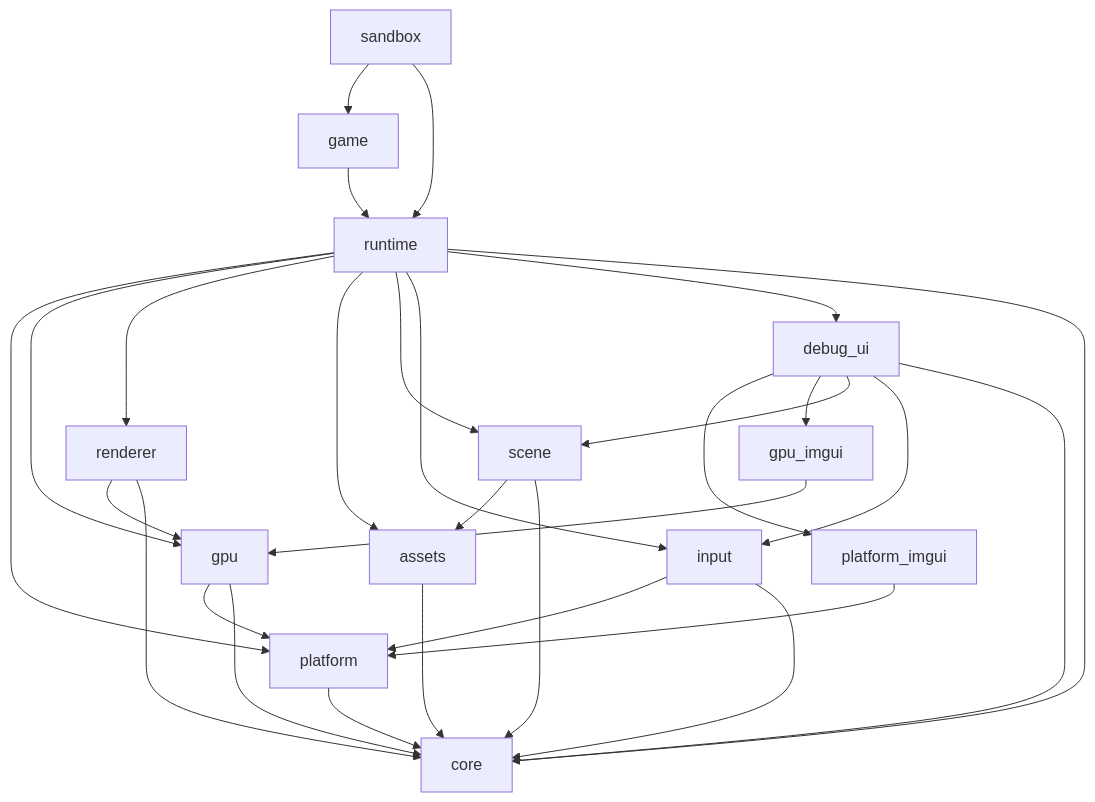
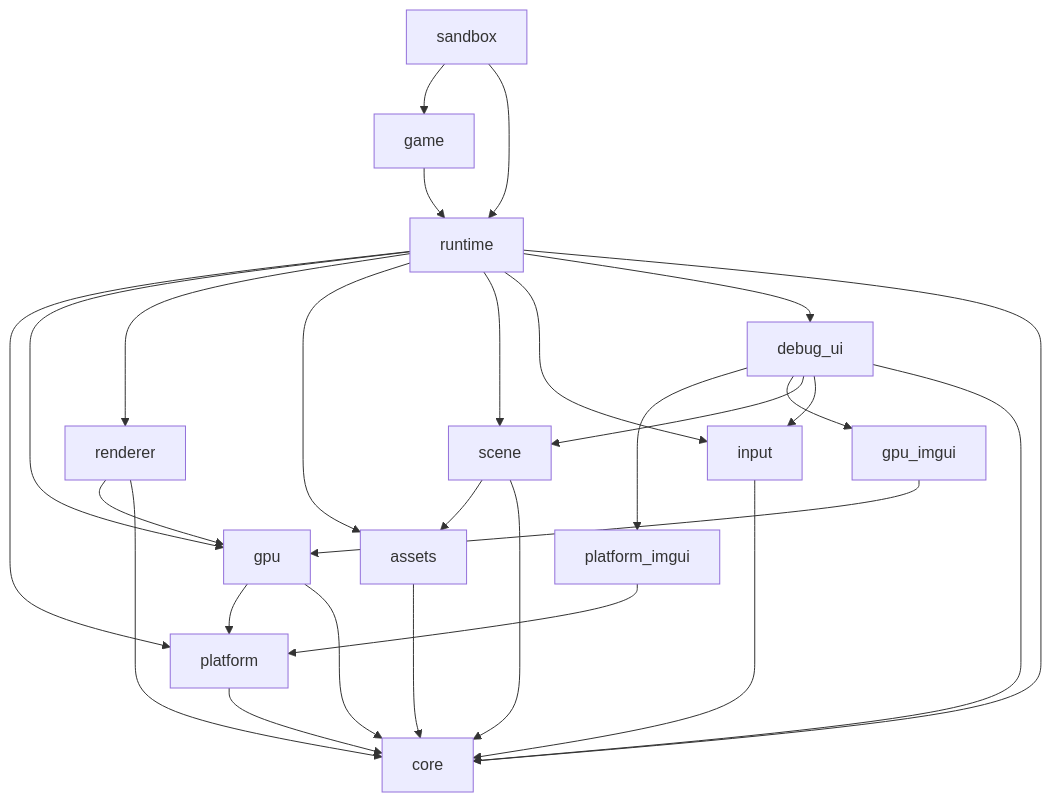
Before and after one commit to FoxTimew/Somnium: the diagram in docs/ARCHITECTURE.md, drawn with Mermaid. The commit also changed other lines of this file and 35 other files, not shown here.

````diff
--- a/docs/ARCHITECTURE.md
+++ b/docs/ARCHITECTURE.md
@@ -83,31 +83,30 @@
 ```mermaid
 flowchart TD
     platform --> core
     gpu --> platform
     gpu --> core
     renderer --> gpu
     renderer --> core
     assets --> core
     scene --> assets
     scene --> core
-    input --> platform
     input --> core
     debug_ui --> platform_imgui
     debug_ui --> gpu_imgui
     platform_imgui --> platform
     gpu_imgui --> gpu
     debug_ui --> scene
     debug_ui --> input
     debug_ui --> core
     runtime --> platform
     runtime --> gpu
     runtime --> renderer
     runtime --> assets
     runtime --> scene
     runtime --> input
     runtime --> debug_ui
     runtime --> core
     game --> runtime
     sandbox --> game
     sandbox --> runtime
 ```
````
